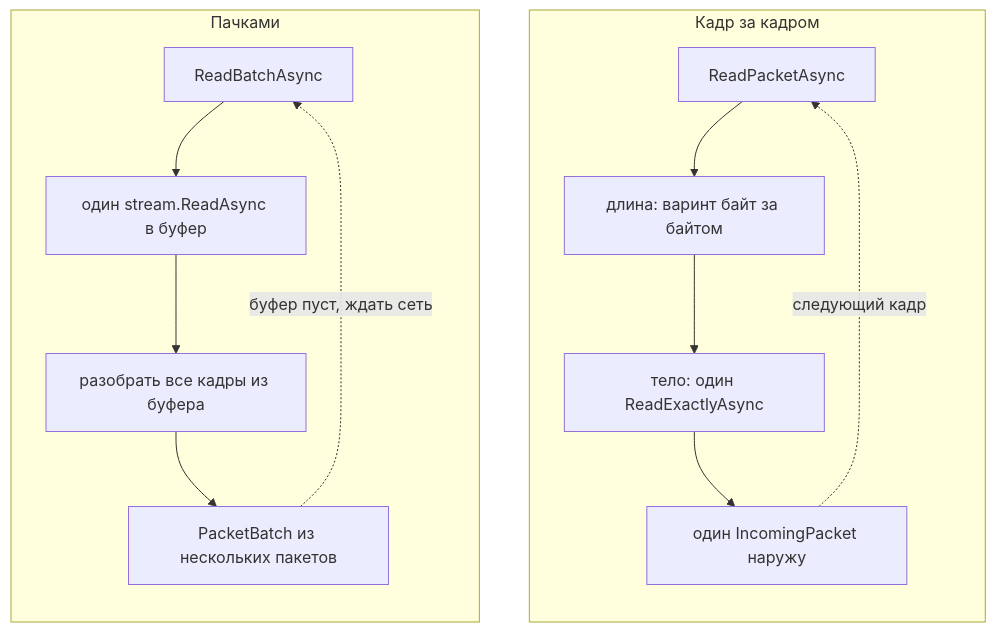
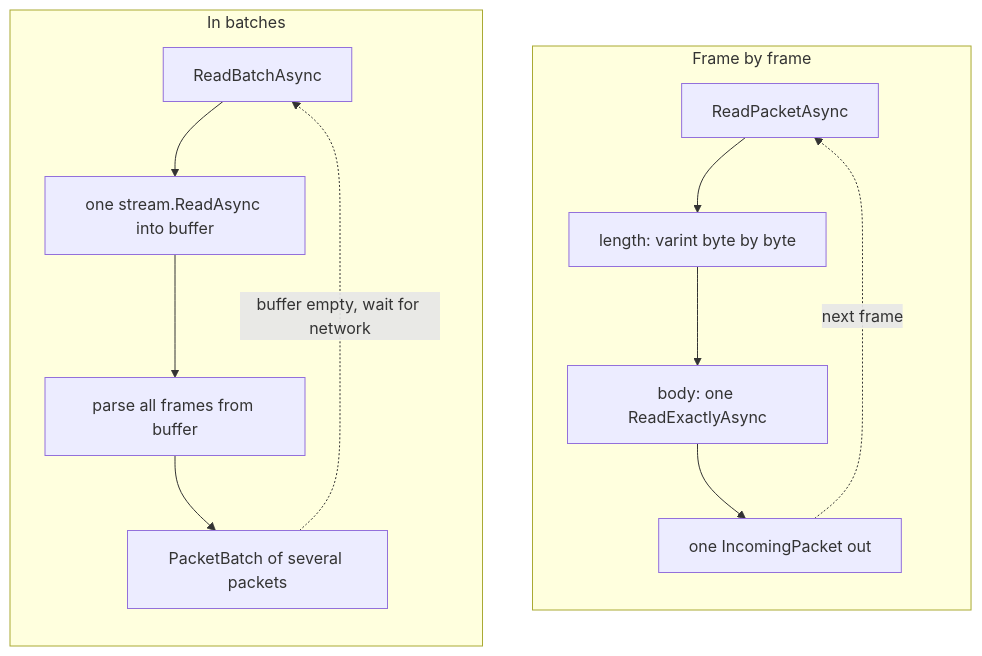
Before and after one commit to Titlehhhh/McProtoNet: the diagram in docs/site/docs/04-transport/04-raw-connection.md, drawn with Mermaid. The commit also changed other lines of this file and 61 other files, not shown here.

````diff
--- a/docs/site/docs/04-transport/04-raw-connection.md
+++ b/docs/site/docs/04-transport/04-raw-connection.md
@@ -81,17 +83,17 @@
 ```mermaid
 flowchart TB
-    subgraph Кадр за кадром
+    subgraph Frame by frame
         direction TB
-        A1[ReadPacketAsync] --> A2[длина: варинт байт за байтом]
-        A2 --> A3[тело: один ReadExactlyAsync]
-        A3 --> A4[один IncomingPacket наружу]
-        A4 -.следующий кадр.-> A1
+        A1[ReadPacketAsync] --> A2[length: varint byte by byte]
+        A2 --> A3[body: one ReadExactlyAsync]
+        A3 --> A4[one IncomingPacket out]
+        A4 -.next frame.-> A1
     end
-    subgraph Пачками
+    subgraph In batches
         direction TB
-        B1[ReadBatchAsync] --> B2[один stream.ReadAsync в буфер]
-        B2 --> B3[разобрать все кадры из буфера]
-        B3 --> B4[PacketBatch из нескольких пакетов]
-        B4 -.буфер пуст, ждать сеть.-> B1
+        B1[ReadBatchAsync] --> B2[one stream.ReadAsync into buffer]
+        B2 --> B3[parse all frames from buffer]
+        B3 --> B4[PacketBatch of several packets]
+        B4 -.buffer empty, wait for network.-> B1
     end
 ```
````
